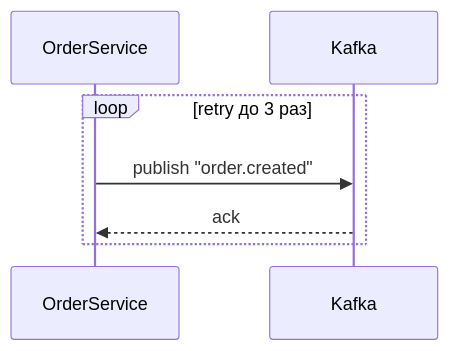
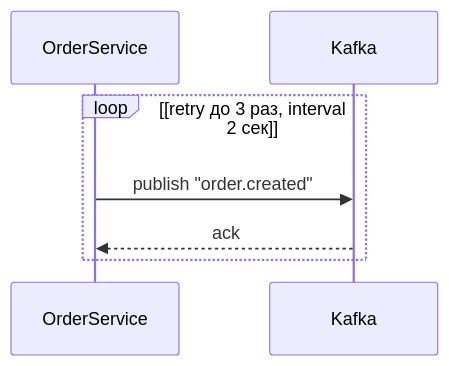
Before and after one commit to MihailSbuchelov/System-Analysis-School: the fourth of 9 diagrams in tatiana-integratsii-ch1/zanyatie-03-uml-sequence/prezentaciya.md, drawn with Mermaid. The commit also changed other lines of this file and 5 other files, not shown here.

````diff
--- a/tatiana-integratsii-ch1/zanyatie-03-uml-sequence/prezentaciya.md
+++ b/tatiana-integratsii-ch1/zanyatie-03-uml-sequence/prezentaciya.md
@@ -110,10 +139,10 @@
 ```mermaid
 sequenceDiagram
     participant O as OrderService
     participant K as Kafka
 
-    loop retry до 3 раз
+    loop [retry до 3 раз, interval 2 сек]
         O->>K: publish "order.created"
         K-->>O: ack
     end
 ```
````
